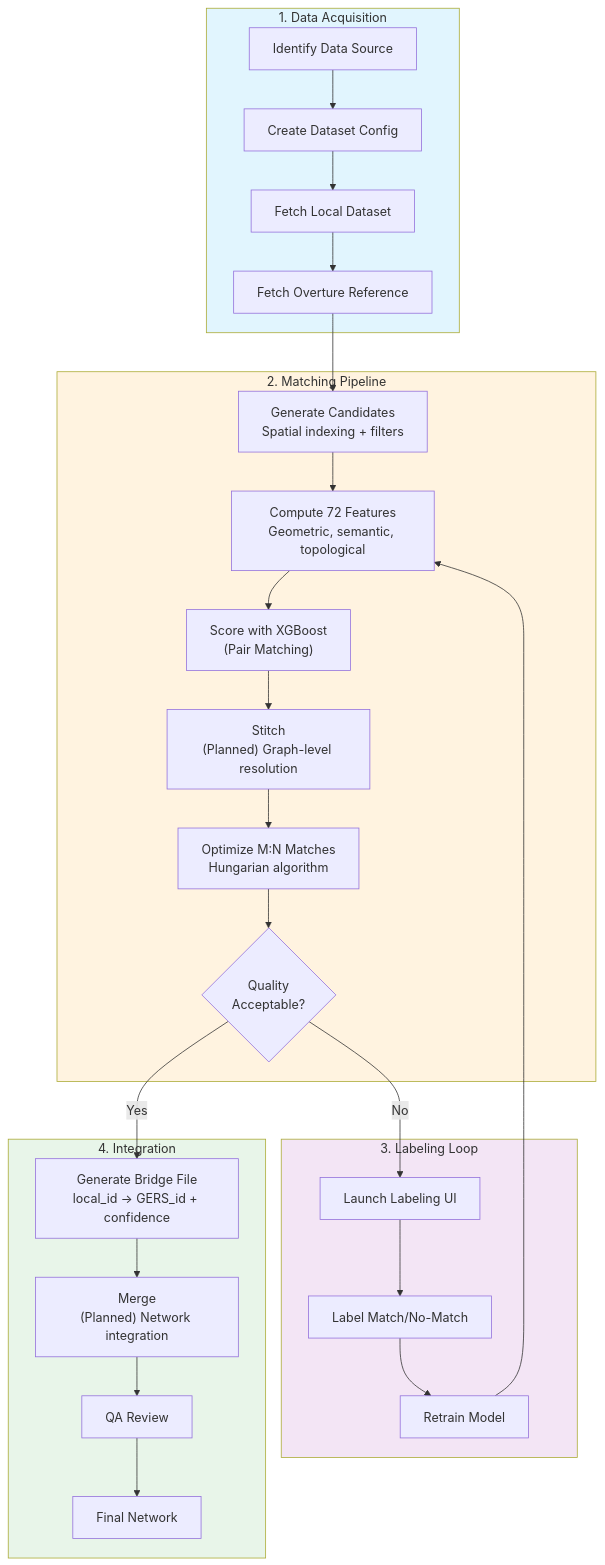
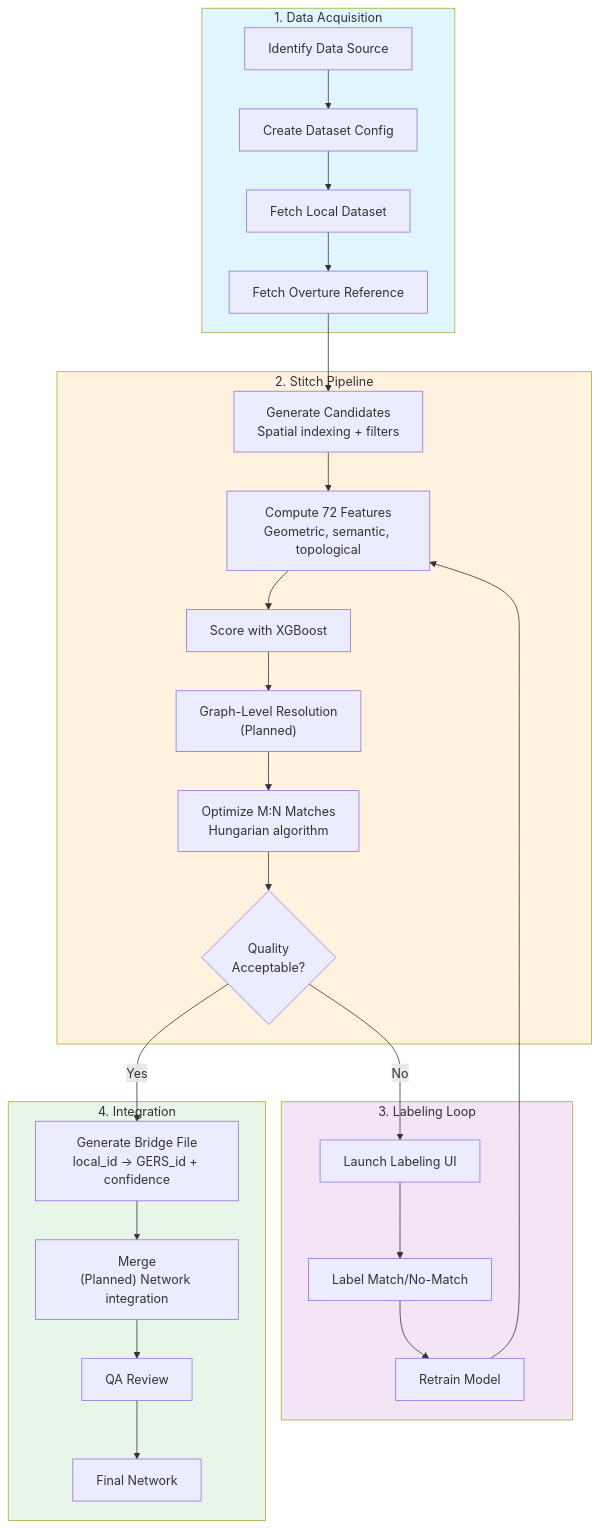
Before and after one commit to brad-richardson/crosswalk: the diagram in README.md, drawn with Mermaid. The commit also changed other lines of this file and 12 other files, not shown here.

````diff
--- a/README.md
+++ b/README.md
@@ -70,36 +68,36 @@
 ```mermaid
 flowchart TB
     subgraph Data["1. Data Acquisition"]
         A[Identify Data Source] --> B[Create Dataset Config]
         B --> C[Fetch Local Dataset]
         C --> D[Fetch Overture Reference]
     end
 
-    subgraph Match["2. Matching Pipeline"]
+    subgraph Match["2. Stitch Pipeline"]
         D --> E[Generate Candidates<br/>Spatial indexing + filters]
         E --> F[Compute 72 Features<br/>Geometric, semantic, topological]
-        F --> G["Score with XGBoost<br/>(Pair Matching)"]
-        G --> H["Stitch<br/>(Planned) Graph-level resolution"]
+        F --> G[Score with XGBoost]
+        G --> H["Graph-Level Resolution<br/>(Planned)"]
         H --> I[Optimize M:N Matches<br/>Hungarian algorithm]
         I --> J{Quality<br/>Acceptable?}
     end
 
     subgraph Label["3. Labeling Loop"]
         J -->|No| K[Launch Labeling UI]
         K --> L[Label Match/No-Match]
         L --> M[Retrain Model]
         M --> F
     end
 
     subgraph Output["4. Integration"]
         J -->|Yes| N[Generate Bridge File<br/>local_id → GERS_id + confidence]
         N --> O["Merge<br/>(Planned) Network integration"]
         O --> P[QA Review]
         P --> Q[Final Network]
     end
 
     style Data fill:#e1f5fe
     style Match fill:#fff3e0
     style Label fill:#f3e5f5
     style Output fill:#e8f5e9
 ```
````
